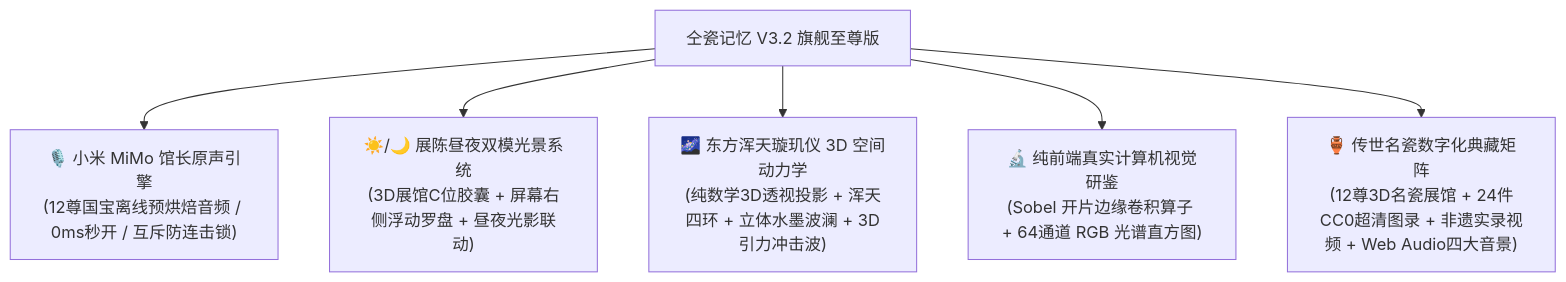
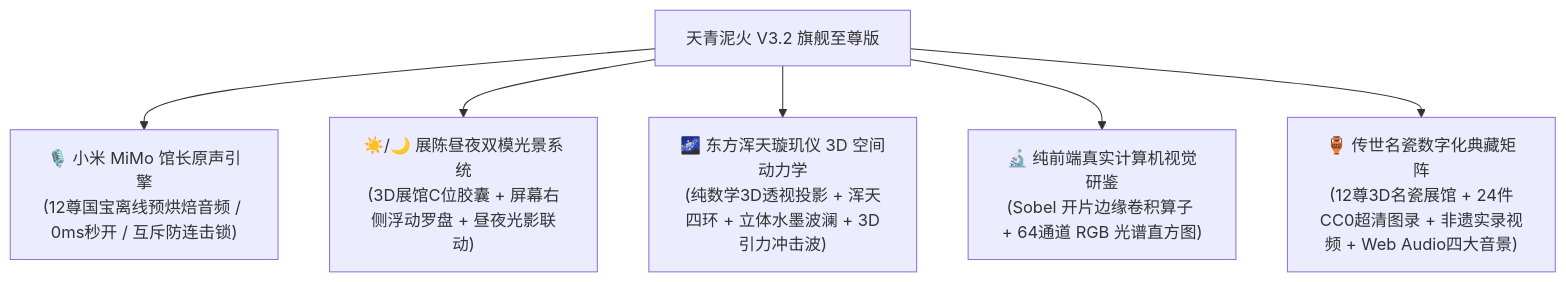
Before and after one commit to SherlockYzz/Memories-of-Chinese-Porcelain-Web: the diagram in README.md, drawn with Mermaid. The commit also changed other lines of this file and 11 other files, not shown here.

Commit message:
refactor(branding): 全面升级项目品牌名为【天青泥火 · 华夏古瓷三维孪生博物空间】(V3.2 旗舰至尊版)

````diff
--- a/README.md
+++ b/README.md
@@ -31,8 +31,8 @@
 ```mermaid
 graph TD
-    A["仝瓷记忆 V3.2 旗舰至尊版"] --> B["🎙️ 小米 MiMo 馆长原声引擎<br/>(12尊国宝离线预烘焙音频 / 0ms秒开 / 互斥防连击锁)"]
+    A["天青泥火 V3.2 旗舰至尊版"] --> B["🎙️ 小米 MiMo 馆长原声引擎<br/>(12尊国宝离线预烘焙音频 / 0ms秒开 / 互斥防连击锁)"]
     A --> C["☀️/🌙 展陈昼夜双模光景系统<br/>(3D展馆C位胶囊 + 屏幕右侧浮动罗盘 + 昼夜光影联动)"]
     A --> D["🌌 东方浑天璇玑仪 3D 空间动力学<br/>(纯数学3D透视投影 + 浑天四环 + 立体水墨波澜 + 3D引力冲击波)"]
     A --> E["🔬 纯前端真实计算机视觉研鉴<br/>(Sobel 开片边缘卷积算子 + 64通道 RGB 光谱直方图)"]
     A --> F["🏺 传世名瓷数字化典藏矩阵<br/>(12尊3D名瓷展馆 + 24件CC0超清图录 + 非遗实录视频 + Web Audio四大音景)"]
 ```
````
